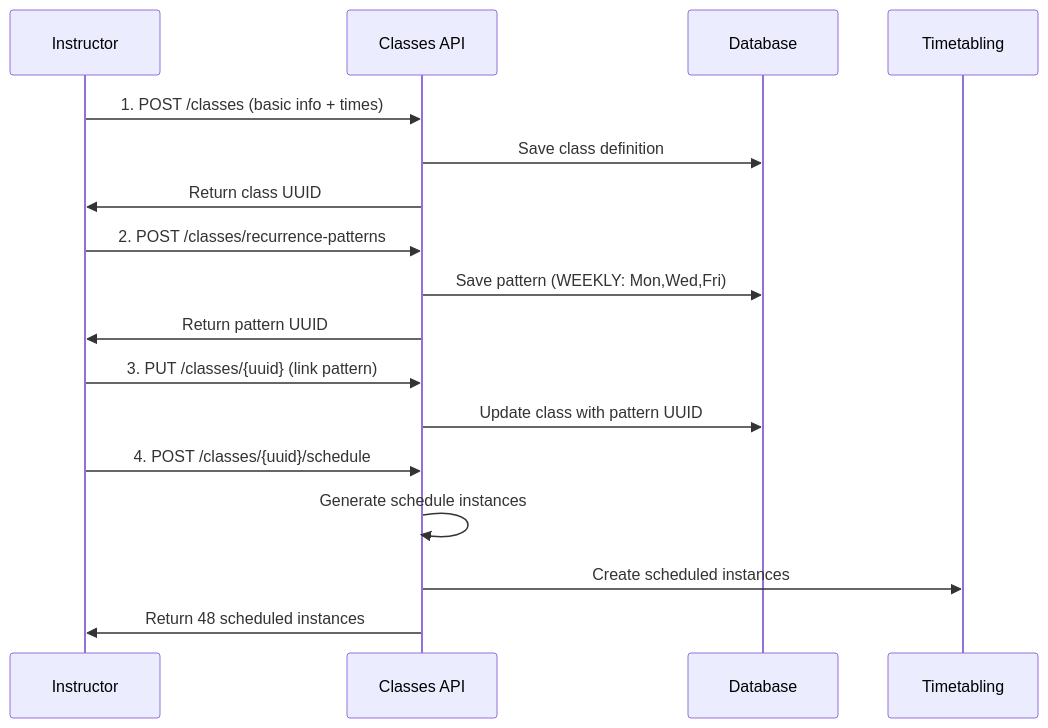
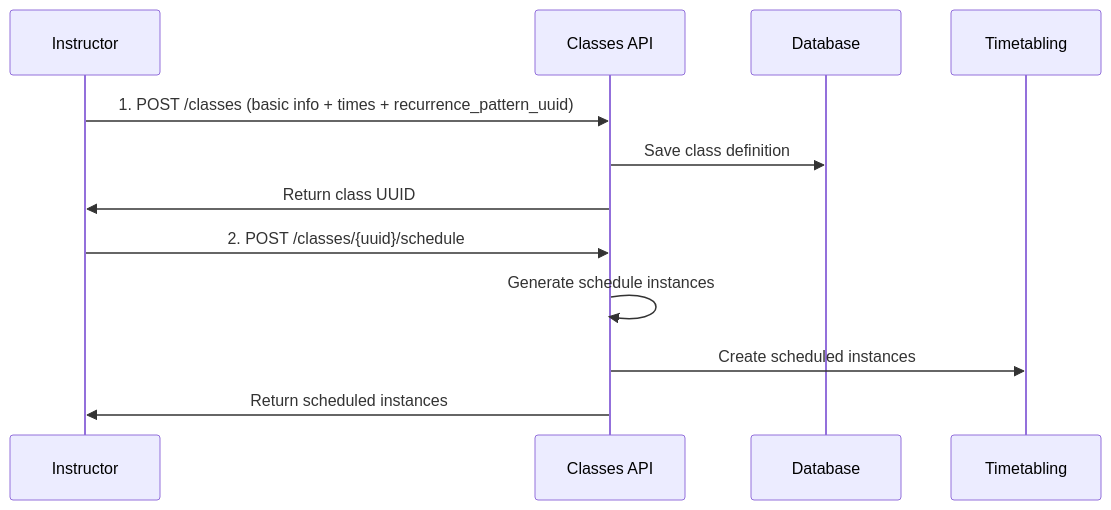
Before and after one commit to sarafrika/elimika: the second of 5 diagrams in docs/guides/ClassDefinitionsManagementGuide.md, drawn with Mermaid. The commit also changed other lines of this file and 31 other files, not shown here.

````diff
--- a/docs/guides/ClassDefinitionsManagementGuide.md
+++ b/docs/guides/ClassDefinitionsManagementGuide.md
@@ -44,23 +44,16 @@
 ```mermaid
 sequenceDiagram
     participant I as Instructor
     participant API as Classes API
     participant DB as Database
     participant T as Timetabling
 
-    I->>API: 1. POST /classes (basic info + times)
+    I->>API: 1. POST /classes (basic info + times + recurrence_pattern_uuid)
     API->>DB: Save class definition
     API->>I: Return class UUID
 
-    I->>API: 2. POST /classes/recurrence-patterns
-    API->>DB: Save pattern (WEEKLY: Mon,Wed,Fri)
-    API->>I: Return pattern UUID
-
-    I->>API: 3. PUT /classes/{uuid} (link pattern)
-    API->>DB: Update class with pattern UUID
-
-    I->>API: 4. POST /classes/{uuid}/schedule
+    I->>API: 2. POST /classes/{uuid}/schedule
     API->>API: Generate schedule instances
     API->>T: Create scheduled instances
-    API->>I: Return 48 scheduled instances
+    API->>I: Return scheduled instances
 ```
````
